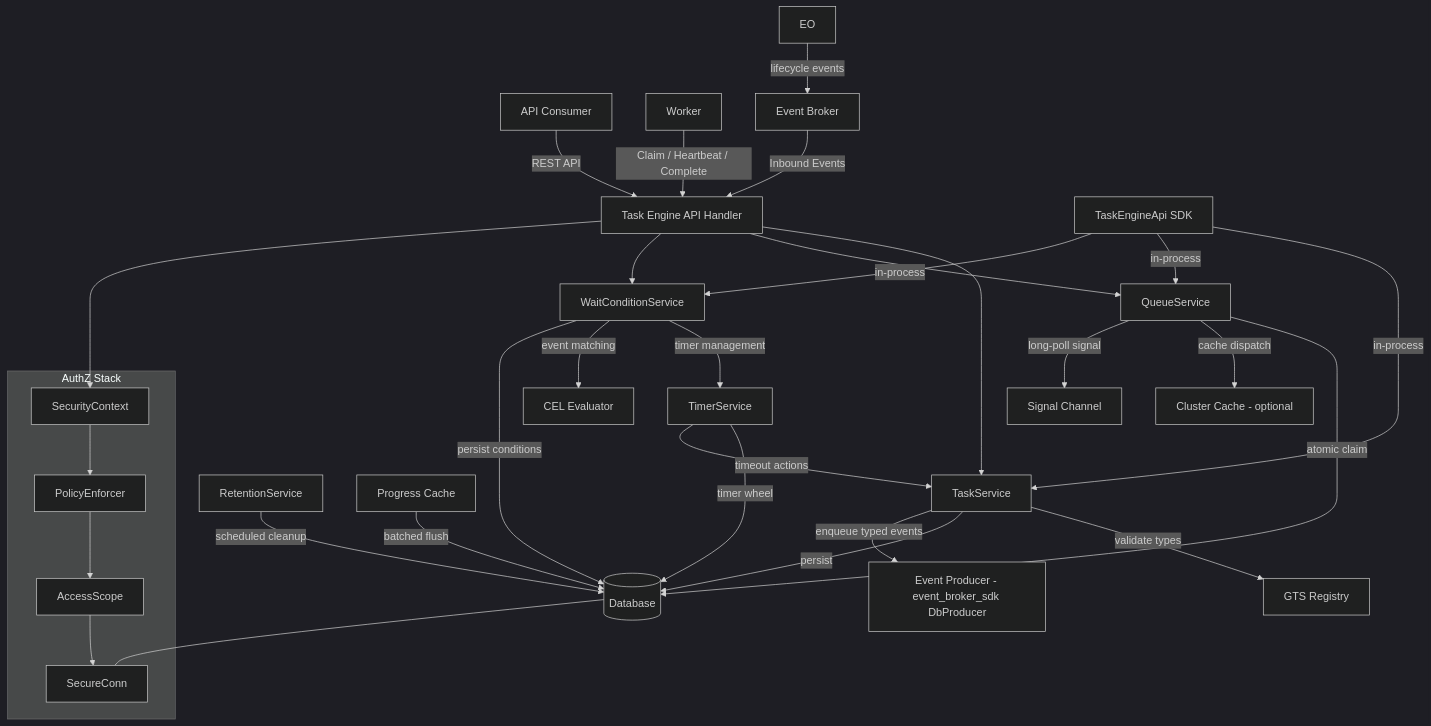
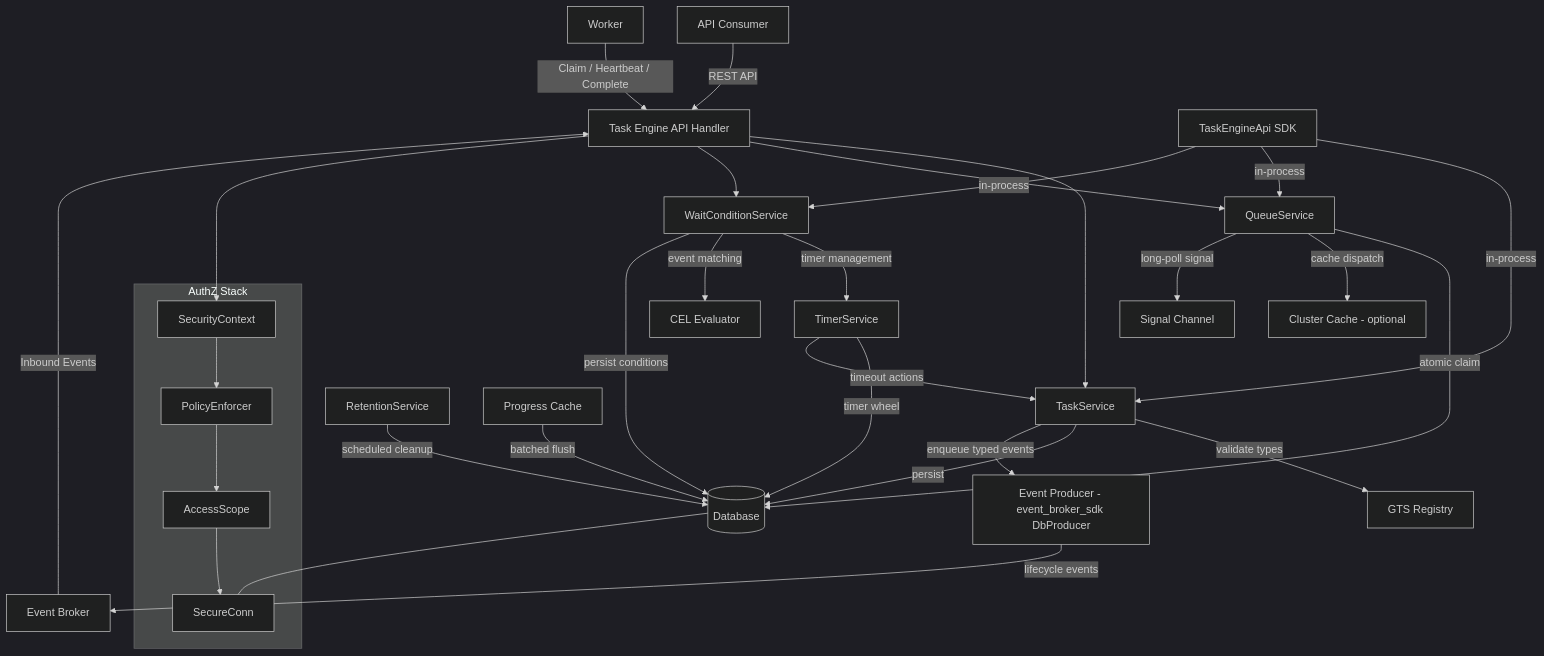
One commit to AndIConstructor/gears-rust changed the first of 6 diagrams in gears/task-engine/docs/DESIGN.md. Above: the diagram before and after it, drawn with Mermaid (dark theme). The commit also changed other lines of this file and 28 other files, not shown here.

First line of the commit message:
docs(task-engine): fix review findings in PRD, DESIGN, ADRs and schemas

````diff
--- a/gears/task-engine/docs/DESIGN.md
+++ b/gears/task-engine/docs/DESIGN.md
@@ -137,42 +137,42 @@
 ```mermaid
 graph TB
     APIConsumer[API Consumer] -->|REST API| TE_API[Task Engine API Handler]
     Worker[Worker] -->|Claim / Heartbeat / Complete| TE_API
     EventBroker[Event Broker] -->|Inbound Events| TE_API
 
     TE_API --> TS[TaskService]
     TE_API --> QS[QueueService]
     TE_API --> WCS[WaitConditionService]
 
     TS -->|validate types| GTS[GTS Registry]
     TS -->|persist| DB[(Database)]
     TS -->|enqueue typed events| EP[Event Producer - event_broker_sdk DbProducer]
 
     QS -->|atomic claim| DB
     QS -->|cache dispatch| CC[Cluster Cache - optional]
     QS -->|long-poll signal| SIG[Signal Channel]
 
     WCS -->|timer management| TMS[TimerService]
     WCS -->|event matching| CEL[CEL Evaluator]
     WCS -->|persist conditions| DB
 
     TMS -->|timer wheel| DB
     TMS -->|timeout actions| TS
 
     RS[RetentionService] -->|scheduled cleanup| DB
     PC[Progress Cache] -->|batched flush| DB
 
-    EO -->|lifecycle events| EventBroker
+    EP -->|lifecycle events| EventBroker
 
     SDK[TaskEngineApi SDK] -->|in-process| TS
     SDK -->|in-process| QS
     SDK -->|in-process| WCS
 
     subgraph AuthZ Stack
         SC[SecurityContext] --> PE[PolicyEnforcer]
         PE --> AS[AccessScope]
         AS --> SecConn[SecureConn]
     end
     TE_API --> SC
     DB --- SecConn
 ```
````
